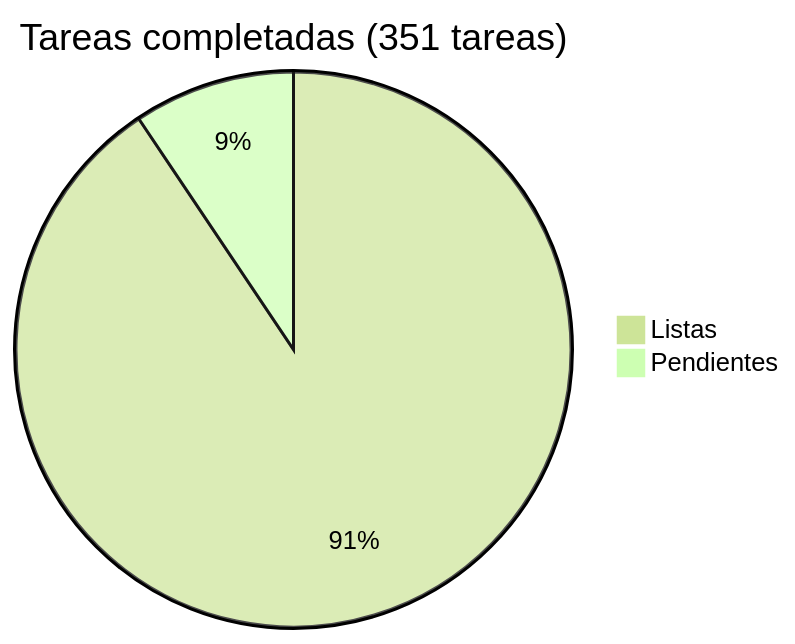
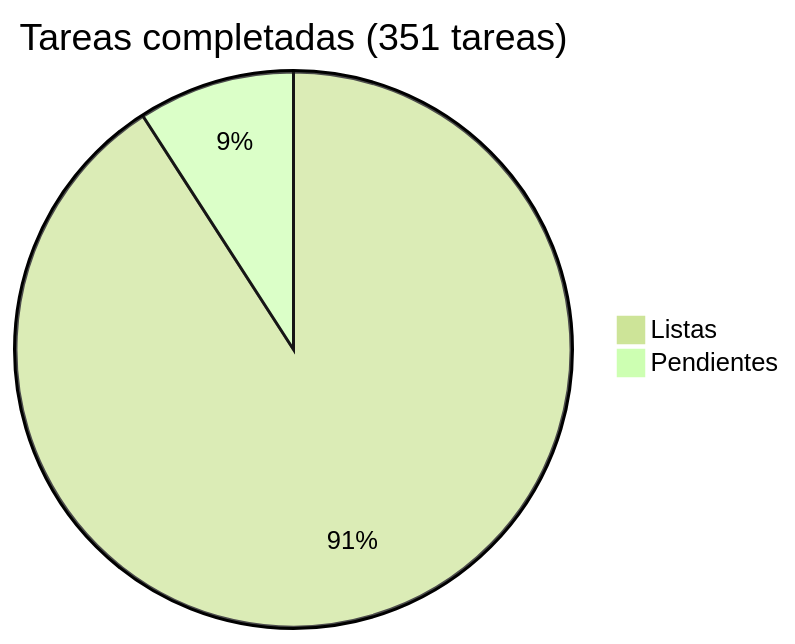
The diagram in docs/roadmap/README.md (araguaney-lat/araguaney), drawn with Mermaid (forest theme) before and after one commit. The commit also changed other lines of this file and 4 other files, not shown here.

````diff
--- a/docs/roadmap/README.md
+++ b/docs/roadmap/README.md
@@ -5,5 +5,5 @@
 ```mermaid
 pie title Tareas completadas (351 tareas)
-    "Listas" : 318
-    "Pendientes" : 33
+    "Listas" : 319
+    "Pendientes" : 32
 ```
````
